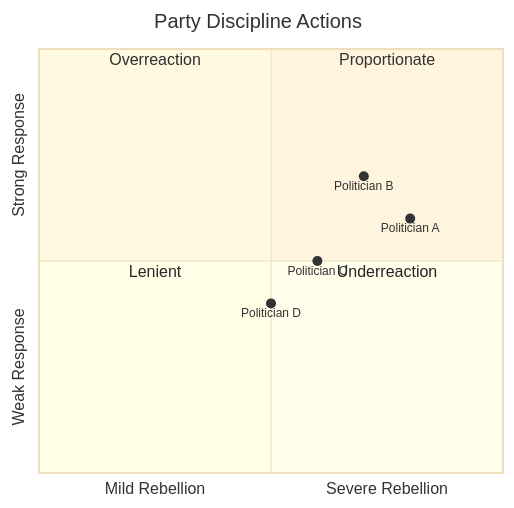
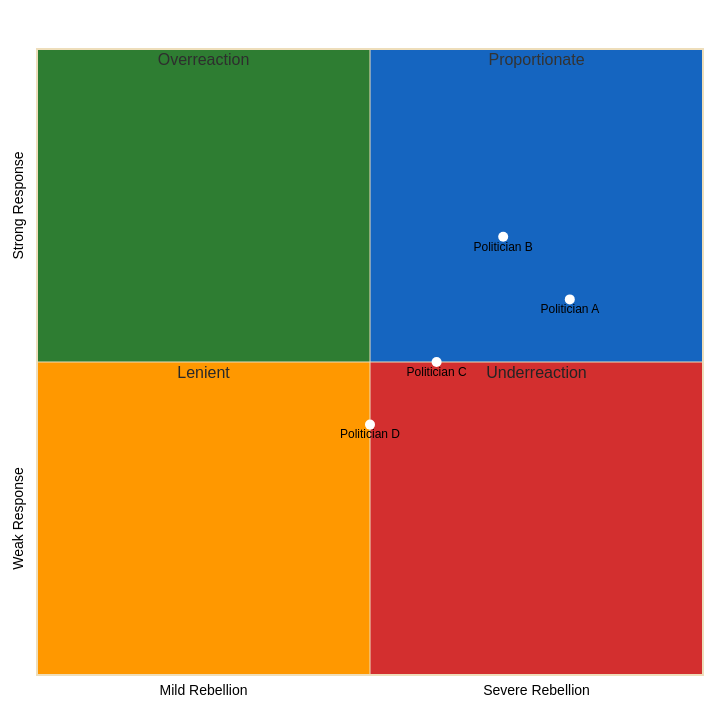
One commit to Hack23/cia changed the eighth of 13 diagrams in json-export-specs/visualizations/top10-party-rebels.md. Above: the diagram before and after it, drawn with Mermaid. The commit also changed other lines of this file and 30 other files, not shown here.

First line of the commit message:
fix: fix mermaid init blocks (single->double quotes), xychart quoting, and SWOT quadrant colors

````diff
--- a/json-export-specs/visualizations/top10-party-rebels.md
+++ b/json-export-specs/visualizations/top10-party-rebels.md
@@ -136,16 +136,39 @@
 ```mermaid
-%%{init: {'theme':'base'}}%%
+%%{init: {
+  "theme": "base",
+  "themeVariables": {
+    "quadrant1Fill": "#1565C0",
+    "quadrant2Fill": "#2E7D32",
+    "quadrant3Fill": "#FF9800",
+    "quadrant4Fill": "#D32F2F",
+    "quadrantTitleFill": "#ffffff",
+    "quadrantPointFill": "#ffffff",
+    "quadrantPointTextFill": "#000000",
+    "quadrantXAxisTextFill": "#000000",
+    "quadrantYAxisTextFill": "#000000"
+  },
+  "quadrantChart": {
+    "chartWidth": 700,
+    "chartHeight": 700,
+    "pointLabelFontSize": 12,
+    "titleFontSize": 20,
+    "quadrantLabelFontSize": 16,
+    "xAxisLabelFontSize": 14,
+    "yAxisLabelFontSize": 14
+  }
+}}%%
 quadrantChart
     title Party Discipline Actions
     x-axis Mild Rebellion --> Severe Rebellion
     y-axis Weak Response --> Strong Response
     quadrant-1 Proportionate
     quadrant-2 Overreaction
     quadrant-3 Lenient
     quadrant-4 Underreaction
     
-    Politician A: [0.8, 0.6]
-    Politician B: [0.7, 0.7]
-    Politician C: [0.6, 0.5]
-    Politician D: [0.5, 0.4]
+    "Politician A": [0.8, 0.6]
+    "Politician B": [0.7, 0.7]
+    "Politician C": [0.6, 0.5]
+    "Politician D": [0.5, 0.4]
+
 ```
````
